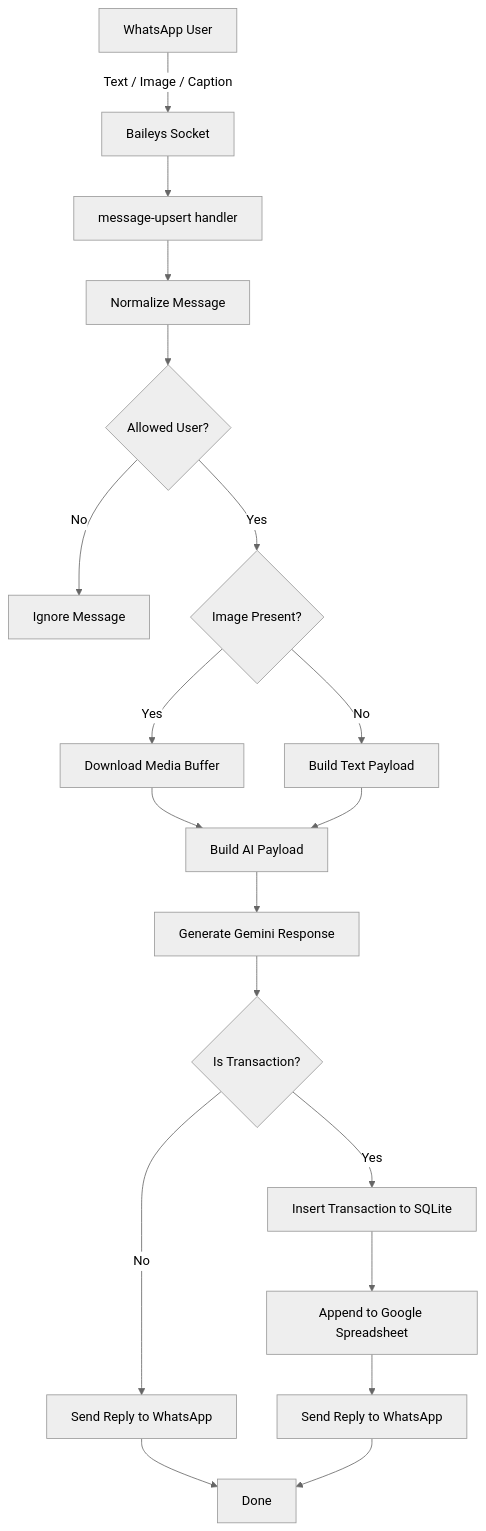
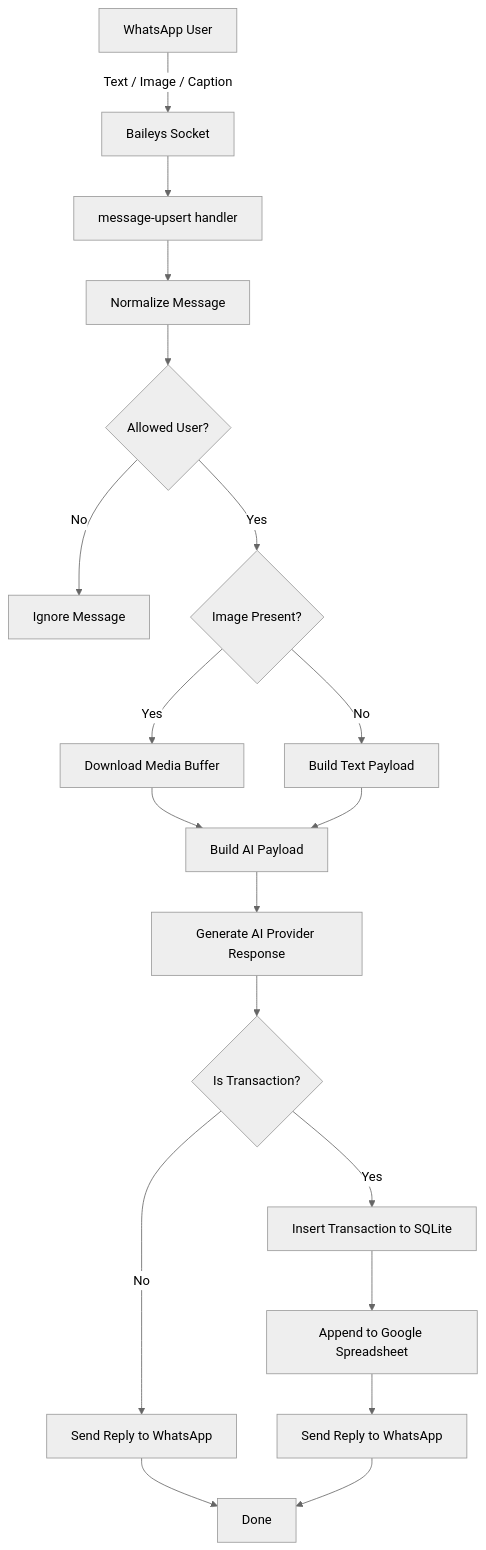
The first of 2 diagrams in docs/specs.md (tamaproject360/renqubot), drawn with Mermaid (neutral theme) before and after one commit. The commit also changed other lines of this file and 11 other files, not shown here.

````diff
--- a/docs/specs.md
+++ b/docs/specs.md
@@ -174,21 +178,21 @@
 ```mermaid
 flowchart TD
     A[WhatsApp User] -->|Text / Image / Caption| B[Baileys Socket]
     B --> C[message-upsert handler]
     C --> D[Normalize Message]
     D --> E{Allowed User?}
     E -- No --> F[Ignore Message]
     E -- Yes --> G{Image Present?}
     G -- Yes --> H[Download Media Buffer]
     G -- No --> I[Build Text Payload]
     H --> J[Build AI Payload]
     I --> J[Build AI Payload]
-    J --> K[Generate Gemini Response]
+    J --> K[Generate AI Provider Response]
     K --> L{Is Transaction?}
     L -- No --> M[Send Reply to WhatsApp]
     L -- Yes --> N[Insert Transaction to SQLite]
     N --> O[Append to Google Spreadsheet]
     O --> P[Send Reply to WhatsApp]
     M --> Q[Done]
     P --> Q[Done]
 ```
````
